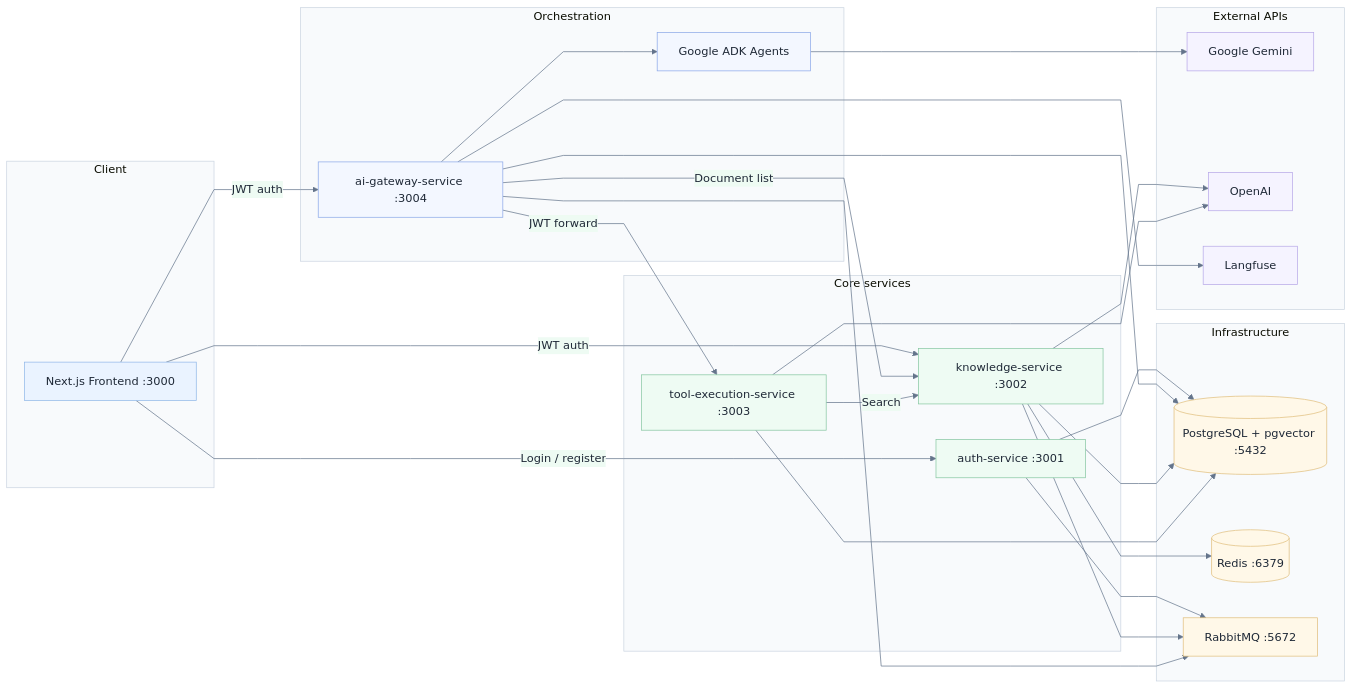
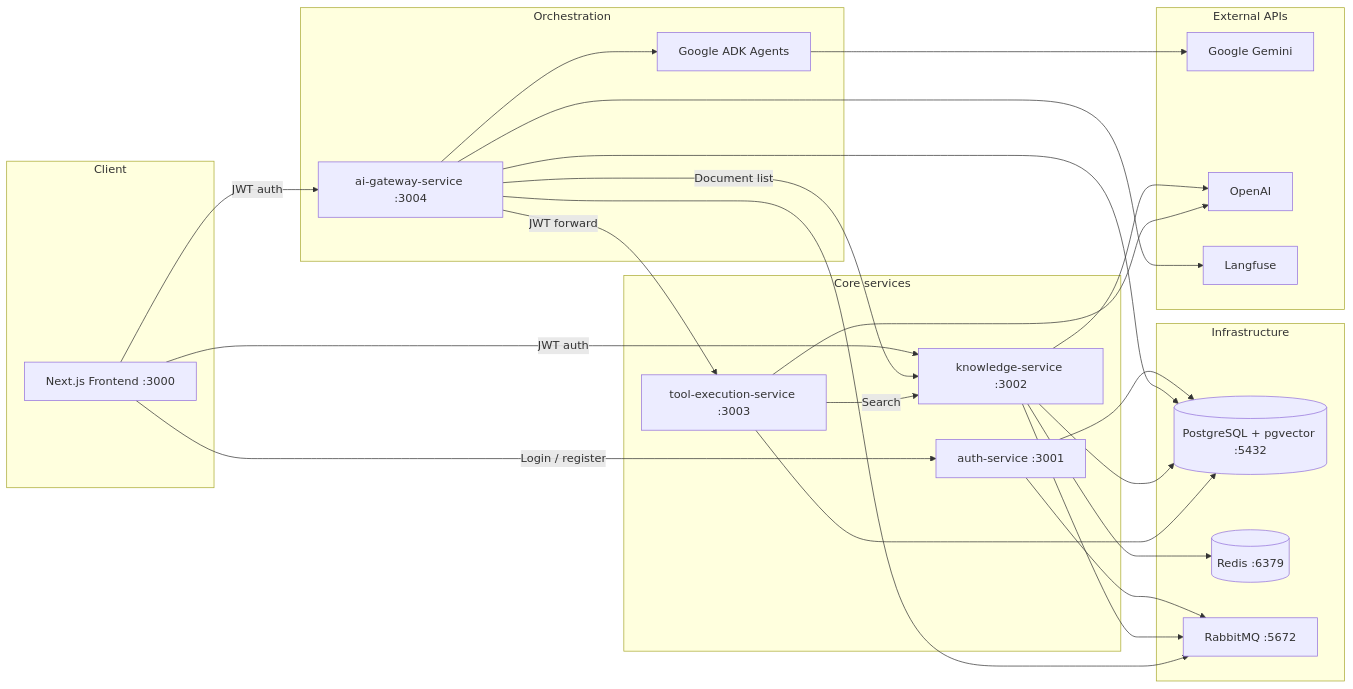
The first of 2 diagrams in README.md (Danilka-Akarawita/Assignment), drawn with Mermaid before and after one commit. The commit also changed other lines of this file, not shown here.

Commit message:
modified architecture

````diff
--- a/README.md
+++ b/README.md
@@ -34,67 +34,54 @@
 ```mermaid
-%%{init: {'theme':'base','flowchart': {'curve':'linear'}, 'themeVariables': {'fontFamily':'Inter, Arial, sans-serif','primaryColor':'#eaf3ff','primaryTextColor':'#1f2937','primaryBorderColor':'#8fb6e8','secondaryColor':'#eefbf3','tertiaryColor':'#f5f3ff','lineColor':'#64748b','clusterBkg':'#f8fafc','clusterBorder':'#cbd5e1'}}}%%
 flowchart LR
   subgraph client [Client]
     FE[Next.js Frontend :3000]
   end
 
   subgraph gateway [Orchestration]
     GW[ai-gateway-service :3004]
     ADK[Google ADK Agents]
     GW --> ADK
   end
 
   subgraph core [Core services]
     AUTH[auth-service :3001]
     KNOW[knowledge-service :3002]
     TOOLS[tool-execution-service :3003]
   end
 
   subgraph infra [Infrastructure]
     PG[(PostgreSQL + pgvector :5432)]
     REDIS[(Redis :6379)]
     RMQ[RabbitMQ :5672]
   end
 
   subgraph external [External APIs]
     GEMINI[Google Gemini]
     OPENAI[OpenAI]
     LF[Langfuse]
   end
 
   FE -->|Login / register| AUTH
   FE -->|JWT auth| GW
   FE -->|JWT auth| KNOW
 
   GW -->|JWT forward| TOOLS
   GW -->|Document list| KNOW
   TOOLS -->|Search| KNOW
 
   AUTH --> PG
   GW --> PG
   KNOW --> PG
   TOOLS --> PG
 
   KNOW --> REDIS
   KNOW --> OPENAI
   TOOLS --> OPENAI
 
   AUTH --> RMQ
   KNOW --> RMQ
   GW --> RMQ
 
   ADK --> GEMINI
   GW --> LF
-
-  classDef clientNode fill:#eaf3ff,stroke:#8fb6e8,color:#1f2937;
-  classDef gatewayNode fill:#f3f7ff,stroke:#8aa7e8,color:#1f2937;
-  classDef serviceNode fill:#eefbf3,stroke:#86c6a1,color:#1f2937;
-  classDef infraNode fill:#fff8e8,stroke:#e0be7c,color:#1f2937;
-  classDef extNode fill:#f5f3ff,stroke:#b6a7e8,color:#1f2937;
-
-  class FE clientNode;
-  class GW,ADK gatewayNode;
-  class AUTH,KNOW,TOOLS serviceNode;
-  class PG,REDIS,RMQ infraNode;
-  class GEMINI,OPENAI,LF extNode;
 ```
````
